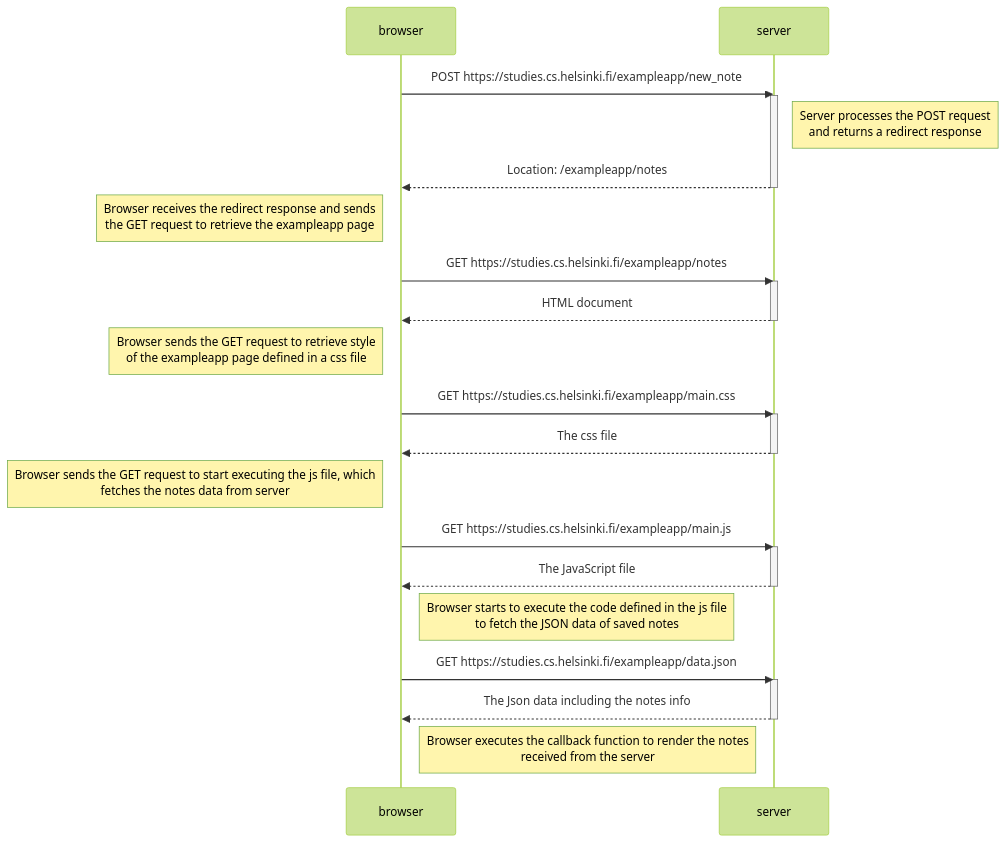
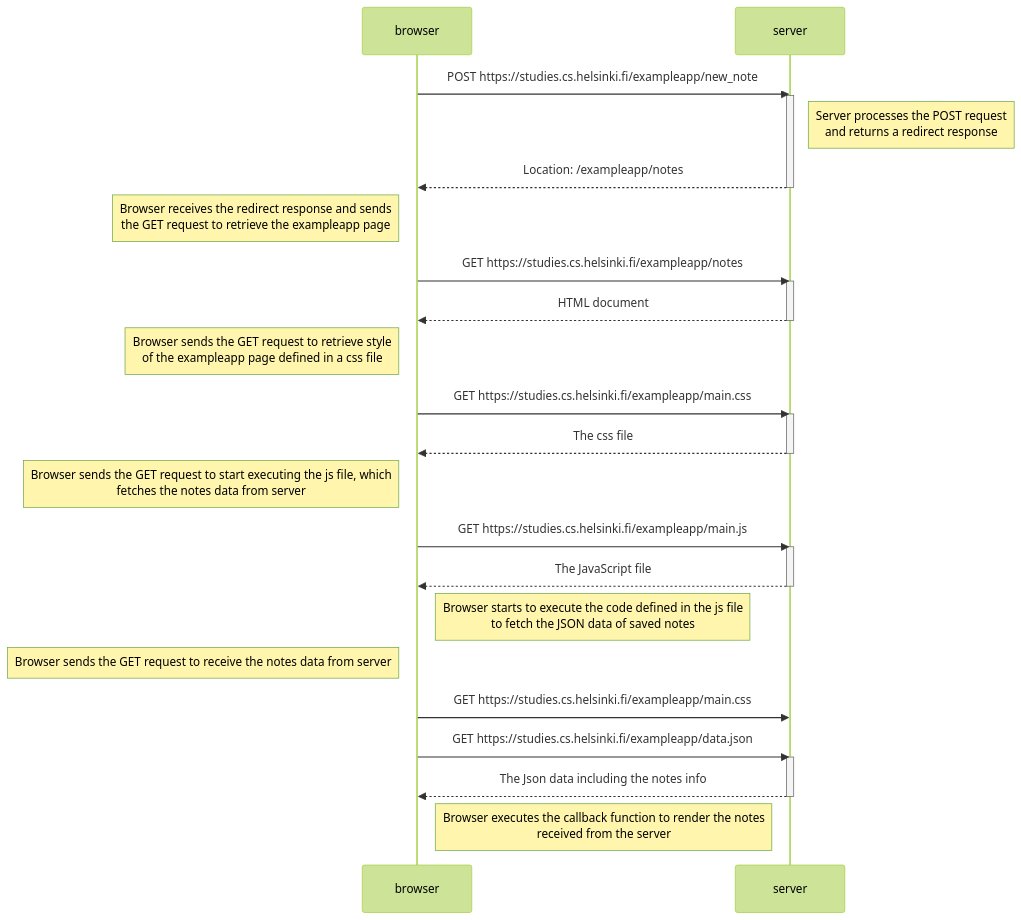
One commit to oskarioksanen/fullstack_open_palautusrepo changed the diagram in osa0/uusi_muistiinpano_kaavio.md. Above: the diagram before and after it, drawn with Mermaid (forest theme).

````diff
--- a/osa0/uusi_muistiinpano_kaavio.md
+++ b/osa0/uusi_muistiinpano_kaavio.md
@@ -3,39 +3,41 @@
 ```mermaid
 sequenceDiagram
     participant browser
     participant server
 
     browser->>server: POST https://studies.cs.helsinki.fi/exampleapp/new_note
     activate server
 
     Note right of server: Server processes the POST request<br/>and returns a redirect response
 
     server-->>browser: Location: /exampleapp/notes
     deactivate server
     
     Note left of browser: Browser receives the redirect response and sends<br/>the GET request to retrieve the exampleapp page
     browser->>server: GET https://studies.cs.helsinki.fi/exampleapp/notes
     activate server
     server-->>browser: HTML document
     deactivate server
 
     Note left of browser: Browser sends the GET request to retrieve style<br/>of the exampleapp page defined in a css file
     browser->>server: GET https://studies.cs.helsinki.fi/exampleapp/main.css
     activate server
     server-->>browser: The css file
     deactivate server
 
     Note left of browser: Browser sends the GET request to start executing the js file, which<br/>fetches the notes data from server
     browser->>server: GET https://studies.cs.helsinki.fi/exampleapp/main.js
     activate server
     server-->>browser: The JavaScript file
     deactivate server
     Note right of browser: Browser starts to execute the code defined in the js file<br/>to fetch the JSON data of saved notes
 
+    Note left of browser: Browser sends the GET request to receive the notes data from server
+    browser->>server: GET https://studies.cs.helsinki.fi/exampleapp/main.css
     browser->>server: GET https://studies.cs.helsinki.fi/exampleapp/data.json
     activate server
     server-->>browser: The Json data including the notes info
     deactivate server
     Note right of browser: Browser executes the callback function to render the notes<br/>received from the server
 
 ```
````
